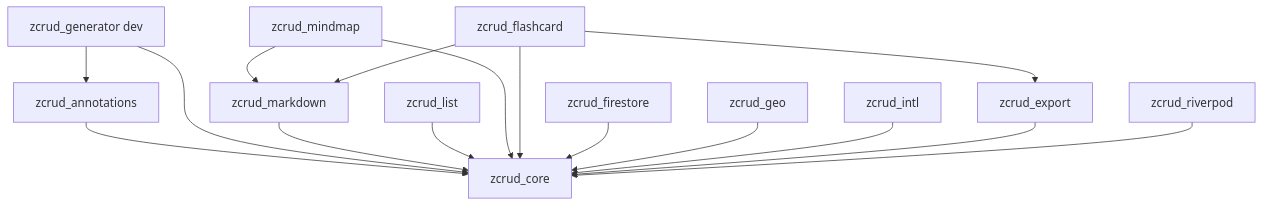
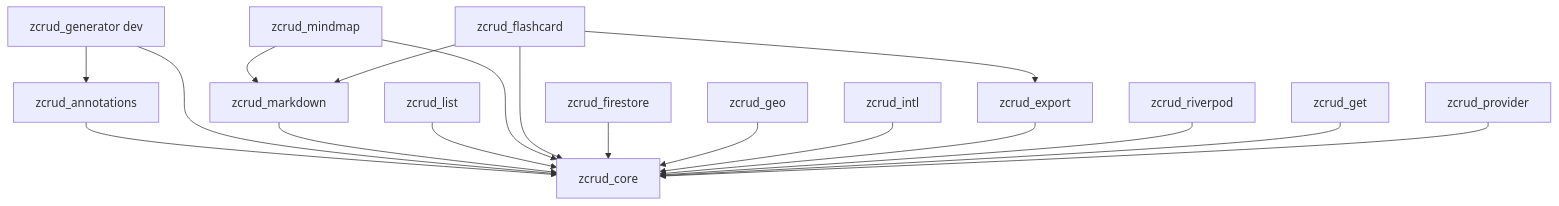
Before and after one commit to zakarius-dev/zcrud: the first of 3 diagrams in _bmad-output/planning-artifacts/architecture/architecture-zcrud-2026-07-09/architecture.md, drawn with Mermaid. The commit also changed other lines of this file and 5 other files, not shown here.

````diff
--- a/_bmad-output/planning-artifacts/architecture/architecture-zcrud-2026-07-09/architecture.md
+++ b/_bmad-output/planning-artifacts/architecture/architecture-zcrud-2026-07-09/architecture.md
@@ -36,18 +36,20 @@
 ```mermaid
 graph TD
   ANN[zcrud_annotations] --> CORE[zcrud_core]
   GEN[zcrud_generator dev] --> ANN
   GEN --> CORE
   MD[zcrud_markdown] --> CORE
   LIST[zcrud_list] --> CORE
   MM[zcrud_mindmap] --> CORE
   MM --> MD
   FC[zcrud_flashcard] --> CORE
   FC --> MD
   FC --> EXP[zcrud_export]
   FS[zcrud_firestore] --> CORE
   GEO[zcrud_geo] --> CORE
   INTL[zcrud_intl] --> CORE
   EXP --> CORE
   RIV[zcrud_riverpod] --> CORE
+  GET[zcrud_get] --> CORE
+  PROV[zcrud_provider] --> CORE
 ```
````
